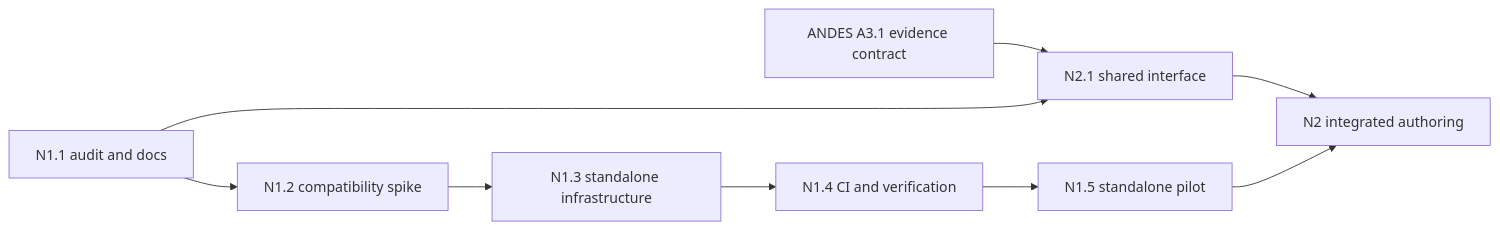
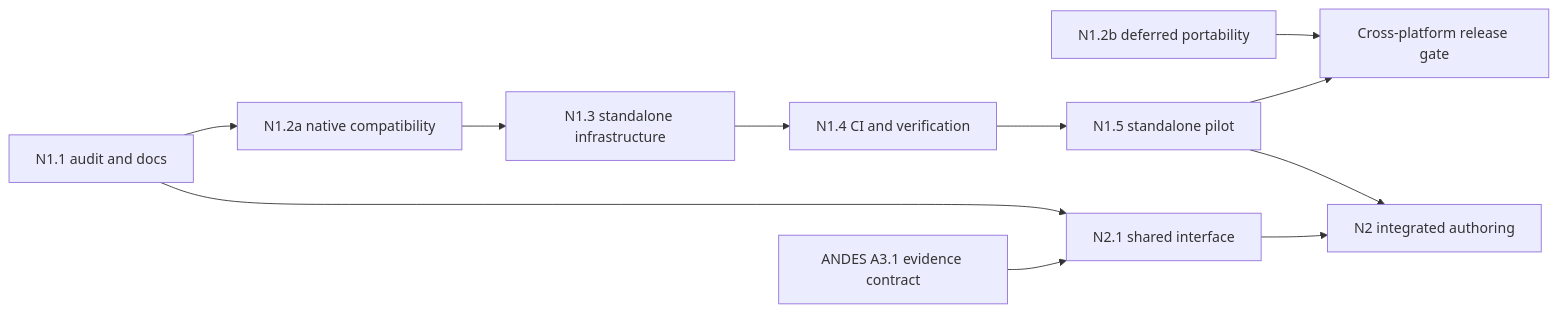
One commit to DRAGGON-Lab/Neruda changed the second of 2 diagrams in ARCHITECTURE.md. Above: the diagram before and after it, drawn with Mermaid. The commit also changed other lines of this file and 20 other files, not shown here.

````diff
--- a/ARCHITECTURE.md
+++ b/ARCHITECTURE.md
@@ -91,11 +98,13 @@
 ```mermaid
 flowchart LR
-    A[N1.1 audit and docs] --> B[N1.2 compatibility spike]
+    A[N1.1 audit and docs] --> B[N1.2a native compatibility]
     B --> C[N1.3 standalone infrastructure]
     C --> D[N1.4 CI and verification]
     D --> E[N1.5 standalone pilot]
+    E --> P[Cross-platform release gate]
+    R[N1.2b deferred portability] --> P
     F[ANDES A3.1 evidence contract] --> G[N2.1 shared interface]
     A --> G
     G --> H[N2 integrated authoring]
     E --> H
 ```
````
